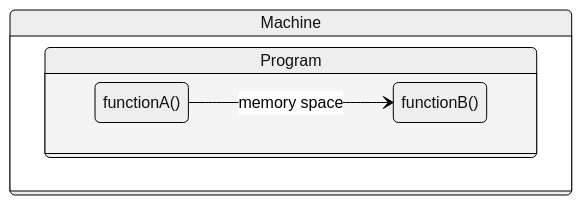
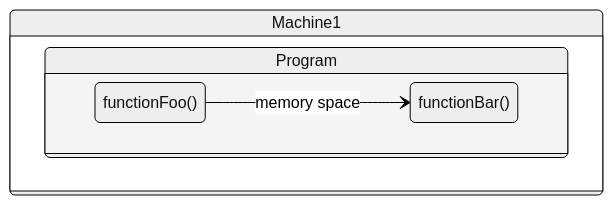
The first of 3 diagrams in blog/networkauto/grpc.md (basondole/basondole.github.io), drawn with Mermaid (neutral theme) before and after one commit. The commit also changed other lines of this file, not shown here.

````diff
--- a/blog/networkauto/grpc.md
+++ b/blog/networkauto/grpc.md
@@ -51,12 +59,12 @@
 ```mermaid
 stateDiagram-v2
 direction LR
-state Machine {
+state Machine1 {
   state Program {
    direction LR
-   functionA()
-   functionB()
+   functionFoo()
+   functionBar()
   }
  }
- functionA() --> functionB(): memory space
+ functionFoo() --> functionBar(): memory space
 ```
````
